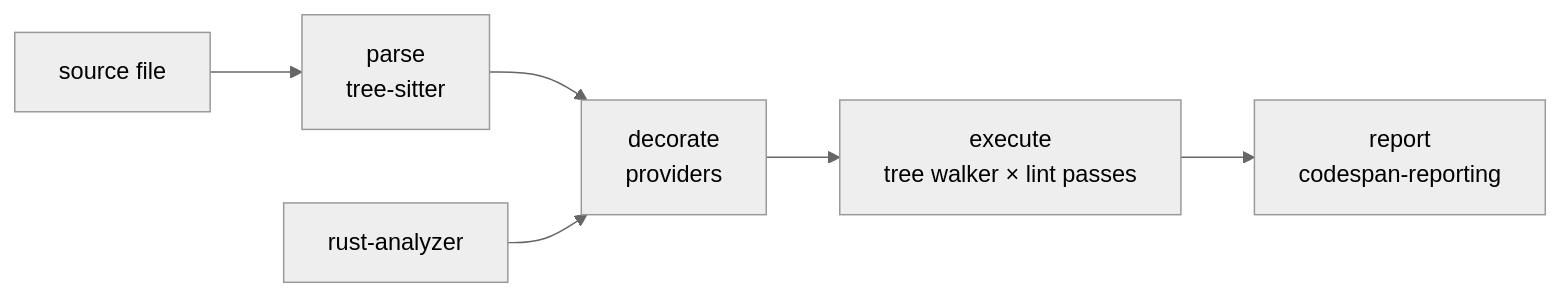
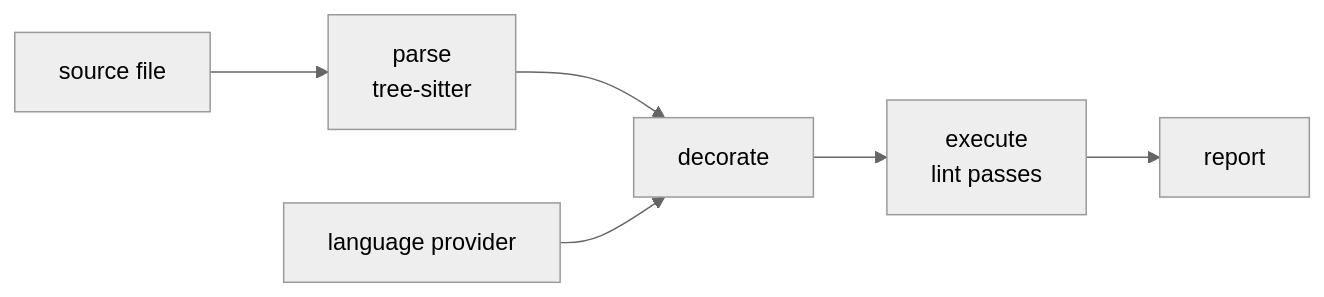
One commit to aonyx-ai/whisker changed the diagram in ARCHITECTURE.md. Above: the diagram before and after it, drawn with Mermaid (neutral theme). The commit also changed other lines of this file, not shown here.

First line of the commit message:
Trim the architecture doc to architecture

````diff
--- a/ARCHITECTURE.md
+++ b/ARCHITECTURE.md
@@ -36,8 +33,8 @@
 ```mermaid
 flowchart LR
     src[source file] --> parse[parse<br>tree-sitter]
-    parse --> decorate[decorate<br>providers]
-    ra[rust-analyzer] --> decorate
-    decorate --> execute[execute<br>tree walker × lint passes]
-    execute --> render[report<br>codespan-reporting]
+    parse --> decorate[decorate]
+    lp[language provider] --> decorate
+    decorate --> execute[execute<br>lint passes]
+    execute --> report[report]
 ```
````
